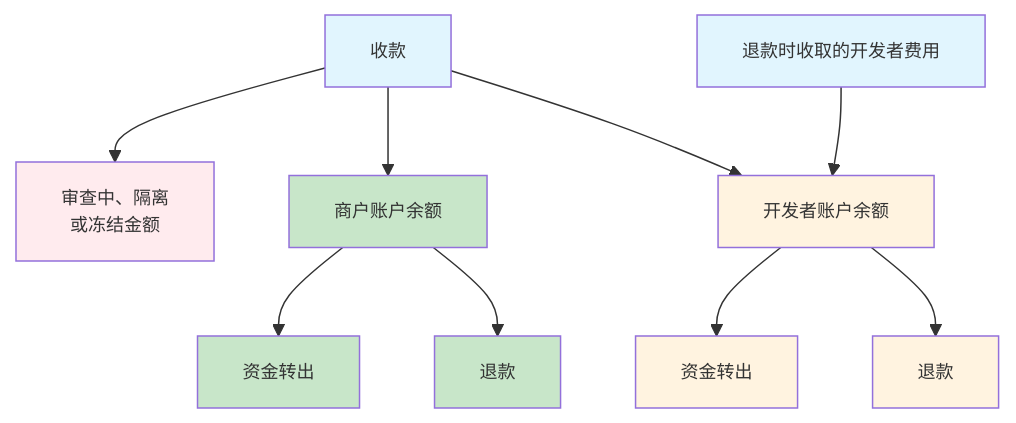
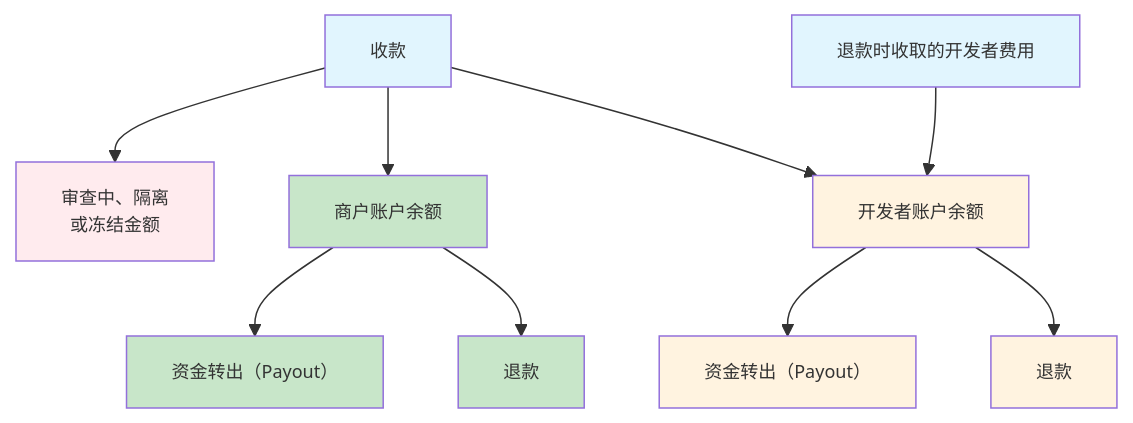
One commit to CoboGlobal/payments-manual changed the fifth of 5 diagrams in payments/cn/guides/amounts-and-balances.mdx. Above: the diagram before and after it, drawn with Mermaid. The commit also changed other lines of this file and 23 other files, not shown here.

````diff
--- a/payments/cn/guides/amounts-and-balances.mdx
+++ b/payments/cn/guides/amounts-and-balances.mdx
@@ -158,27 +171,27 @@
 ```mermaid
 %%{init: {'themeVariables': { 'fontSize': '12px'}}}%%
 graph TD
     A[收款]
     
     A --> L[审查中、隔离<br>或冻结金额]
     A --> F[商户账户余额]
     A --> G[开发者账户余额]
     
-    F --> H[资金转出]
+    F --> H[资金转出（Payout）]
     F --> I[退款]
     
-    G --> J[资金转出]
+    G --> J[资金转出（Payout）]
     G --> K[退款]
     
     M[退款时收取的开发者费用] --> G
     
     style A fill:#e1f5fe
     style F fill:#c8e6c9
     style G fill:#fff3e0
     style H fill:#c8e6c9
     style I fill:#c8e6c9
     style J fill:#fff3e0
     style K fill:#fff3e0
     style M fill:#e1f5fe
     style L fill:#ffebee
 ```
````
